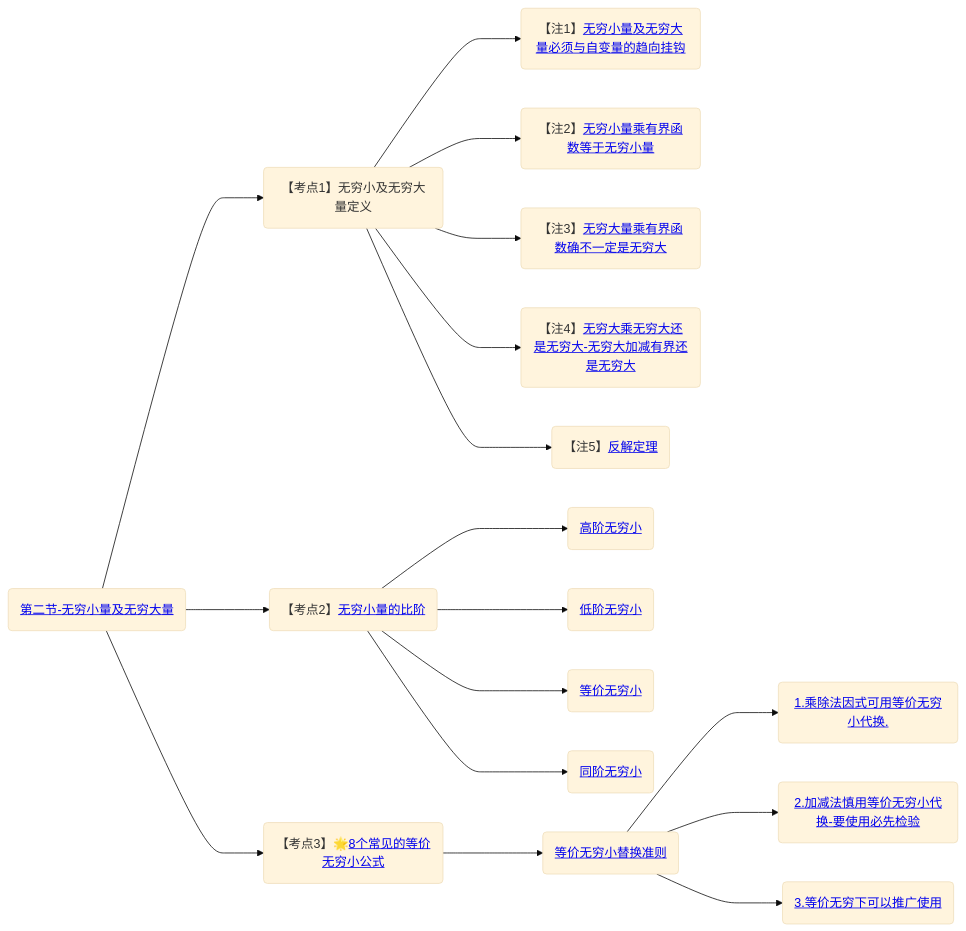
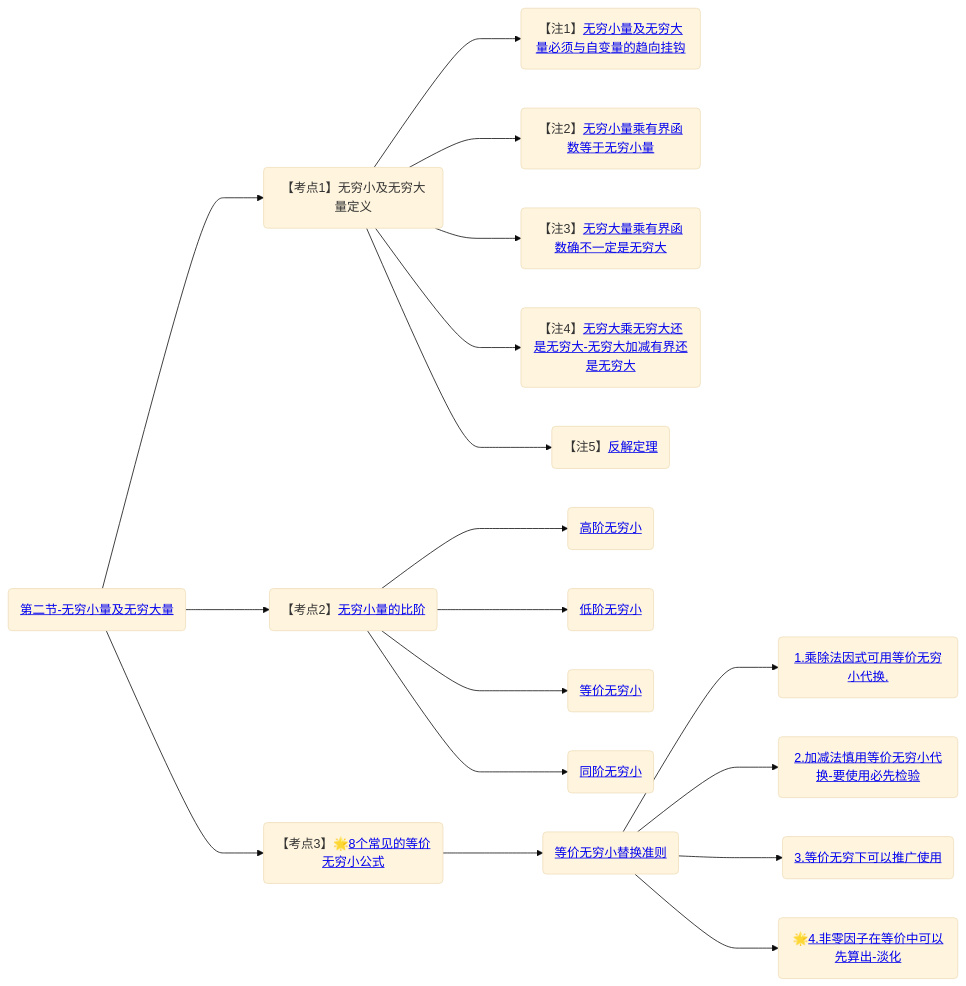
The second of 2 diagrams in 笔记/数学/周洋鑫/基础班/00.大纲.md (yuebinghui/note), drawn with Mermaid (base theme) before and after one commit. The commit also changed other lines of this file and 11 other files, not shown here.

````diff
--- a/笔记/数学/周洋鑫/基础班/00.大纲.md
+++ b/笔记/数学/周洋鑫/基础班/00.大纲.md
@@ -40,27 +41,28 @@
 ```mermaid
 graph LR
 
 第二节-无穷小量及无穷大量(<a href="/Users/yuebinghui/Documents/program/github/note/笔记/数学/周洋鑫/基础班/02.无穷小量及无穷大量.md#第二节-无穷小量及无穷大量">第二节-无穷小量及无穷大量</>)
 
 第二节-无穷小量及无穷大量--->无穷小及无穷大量定义(【考点1】无穷小及无穷大量定义)
 
 无穷小及无穷大量定义--->无穷小量及无穷大量必须与自变量的趋向挂钩(【注1】<a href="/Users/yuebinghui/Documents/program/github/note/笔记/数学/周洋鑫/基础班/02.无穷小量及无穷大量.md#无穷小量及无穷大量必须与自变量的趋向挂钩">无穷小量及无穷大量必须与自变量的趋向挂钩</>)
 无穷小及无穷大量定义--->无穷小量乘有界函数等于无穷小量(【注2】<a href="/Users/yuebinghui/Documents/program/github/note/笔记/数学/周洋鑫/基础班/02.无穷小量及无穷大量.md#无穷小量乘有界函数等于无穷小量">无穷小量乘有界函数等于无穷小量</>)
 无穷小及无穷大量定义--->无穷大量乘有界函数确不一定是无穷大(【注3】<a href="/Users/yuebinghui/Documents/program/github/note/笔记/数学/周洋鑫/基础班/02.无穷小量及无穷大量.md#无穷大量乘有界函数确不一定是无穷大">无穷大量乘有界函数确不一定是无穷大</>)
 无穷小及无穷大量定义--->无穷大乘无穷大还是无穷大-无穷大加减有界还是无穷大(【注4】<a href="/Users/yuebinghui/Documents/program/github/note/笔记/数学/周洋鑫/基础班/02.无穷小量及无穷大量.md#无穷大乘无穷大还是无穷大-无穷大加减有界还是无穷大">无穷大乘无穷大还是无穷大-无穷大加减有界还是无穷大</>)
 无穷小及无穷大量定义--->反解定理(【注5】<a href="/Users/yuebinghui/Documents/program/github/note/笔记/数学/周洋鑫/基础班/02.无穷小量及无穷大量.md#反解定理">反解定理</>)
 
 第二节-无穷小量及无穷大量--->无穷小量的比阶(【考点2】<a href="/Users/yuebinghui/Documents/program/github/note/笔记/数学/周洋鑫/基础班/02.无穷小量及无穷大量.md#无穷小量的比阶">无穷小量的比阶</>)
 无穷小量的比阶--->高阶无穷小(<a href="/Users/yuebinghui/Documents/program/github/note/笔记/数学/周洋鑫/基础班/02.无穷小量及无穷大量.md#高阶无穷小">高阶无穷小</>)
 无穷小量的比阶--->低阶无穷小(<a href="/Users/yuebinghui/Documents/program/github/note/笔记/数学/周洋鑫/基础班/02.无穷小量及无穷大量.md#低阶无穷小">低阶无穷小</>)
 无穷小量的比阶--->等价无穷小(<a href="/Users/yuebinghui/Documents/program/github/note/笔记/数学/周洋鑫/基础班/02.无穷小量及无穷大量.md#等价无穷小">等价无穷小</>)
 无穷小量的比阶--->同阶无穷小(<a href="/Users/yuebinghui/Documents/program/github/note/笔记/数学/周洋鑫/基础班/02.无穷小量及无穷大量.md#同阶无穷小">同阶无穷小</>)
 
 第二节-无穷小量及无穷大量--->8个常见的等价无穷小公式(【考点3】🌟<a href="/Users/yuebinghui/Documents/program/github/note/笔记/数学/周洋鑫/基础班/02.无穷小量及无穷大量.md#8个常见的等价无穷小公式">8个常见的等价无穷小公式</>)
 8个常见的等价无穷小公式--->等价无穷小替换准则(<a href="/Users/yuebinghui/Documents/program/github/note/笔记/数学/周洋鑫/基础班/02.无穷小量及无穷大量.md#等价无穷小替换准则">等价无穷小替换准则</>)
 等价无穷小替换准则--->1.乘除法因式可用等价无穷小代换.(<a href="/Users/yuebinghui/Documents/program/github/note/笔记/数学/周洋鑫/基础班/02.无穷小量及无穷大量.md#1.乘除法因式可用等价无穷小代换.">1.乘除法因式可用等价无穷小代换.</>)
 等价无穷小替换准则--->2.加减法慎用等价无穷小代换-要使用必先检验(<a href="/Users/yuebinghui/Documents/program/github/note/笔记/数学/周洋鑫/基础班/02.无穷小量及无穷大量.md#2.加减法慎用等价无穷小代换-要使用必先检验">2.加减法慎用等价无穷小代换-要使用必先检验</>)
 等价无穷小替换准则--->3.等价无穷下可以推广使用(<a href="/Users/yuebinghui/Documents/program/github/note/笔记/数学/周洋鑫/基础班/02.无穷小量及无穷大量.md#3.等价无穷下可以推广使用">3.等价无穷下可以推广使用</>)
+等价无穷小替换准则--->4.非零因子在等价中可以先算出-淡化(🌟<a href="/Users/yuebinghui/Documents/program/github/note/笔记/数学/周洋鑫/基础班/02.无穷小量及无穷大量.md#4.非零因子在等价中可以先算出-淡化">4.非零因子在等价中可以先算出-淡化</>)
 
 
 ```
````
